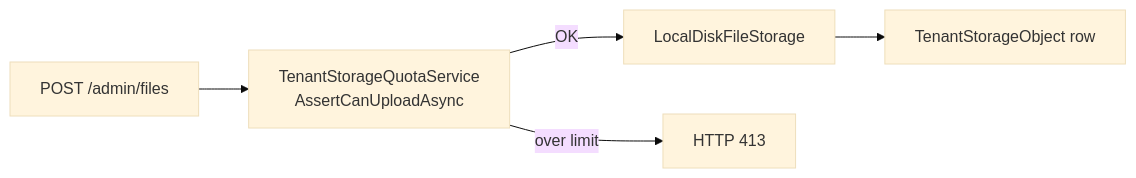
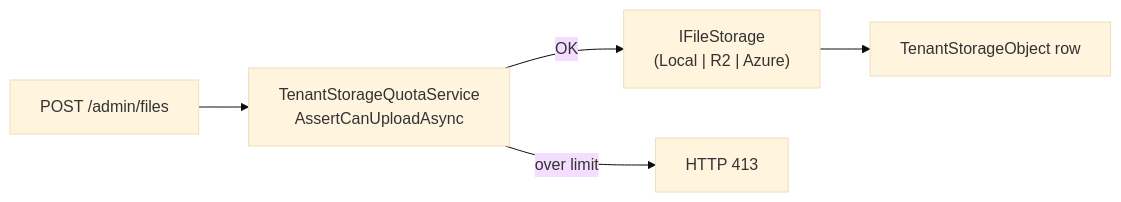
Before and after one commit to mailtoshafaqat/white-label-lms-fe: the fourth of 4 diagrams in docs/12-Technical-Handover.md, drawn with Mermaid (base theme). The commit also changed other lines of this file and 7 other files, not shown here.

````diff
--- a/docs/12-Technical-Handover.md
+++ b/docs/12-Technical-Handover.md
@@ -275,12 +275,12 @@
 ```mermaid
 flowchart LR
     Upload["POST /admin/files"]
     Quota["TenantStorageQuotaService\nAssertCanUploadAsync"]
-    Storage["LocalDiskFileStorage"]
+    Storage["IFileStorage\n(Local | R2 | Azure)"]
     Record["TenantStorageObject row"]
 
     Upload --> Quota
     Quota -->|OK| Storage
     Storage --> Record
     Quota -->|over limit| E413["HTTP 413"]
 ```
````
